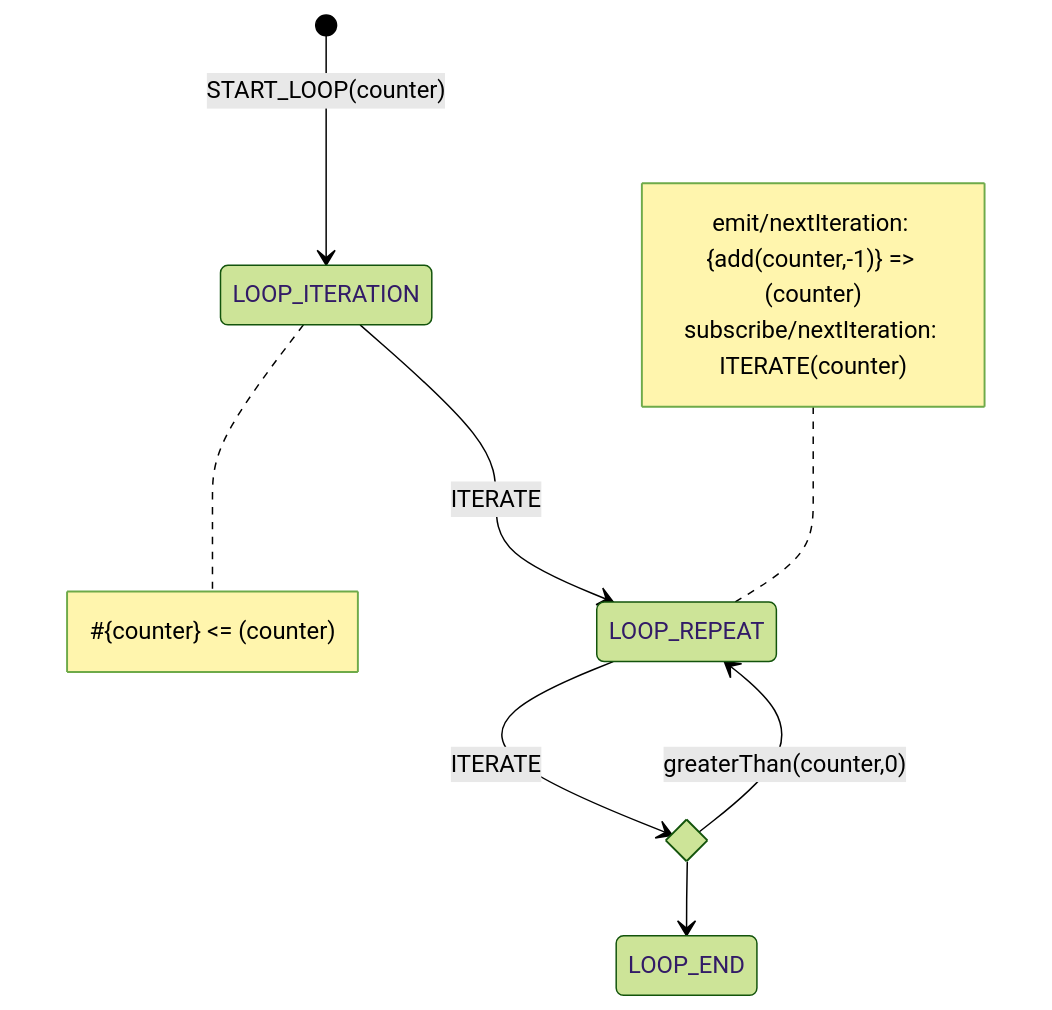
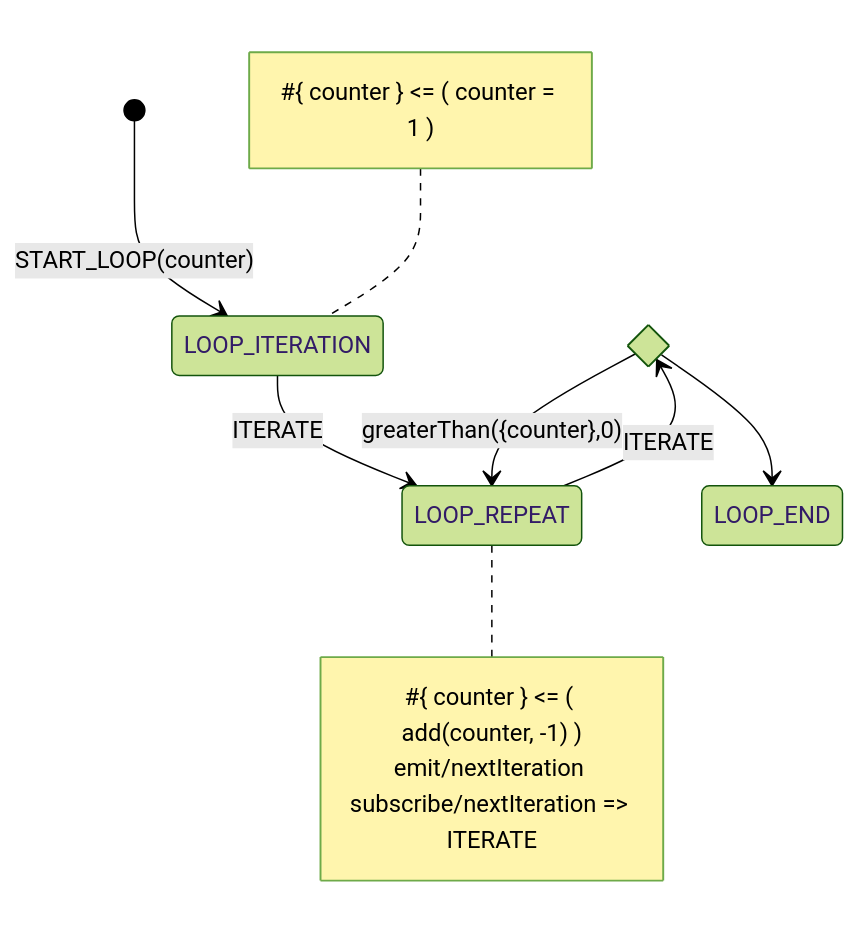
Before and after one commit to tfcp68/yantrix: the diagram in docs/syntax/index.md, drawn with Mermaid (forest theme). The commit also changed other lines of this file and 11 other files, not shown here.

````diff
--- a/docs/syntax/index.md
+++ b/docs/syntax/index.md
@@ -14,19 +33,17 @@
 ```mermaid
 stateDiagram-v2
-A: LOOP_ITERATION
-B: LOOP_REPEAT
-D: LOOP_END
-state loop_ends <<choice>>
-[*]-->A: START_LOOP(counter)
-note right of A
-    #{counter} <= (counter)
-end note    
-A-->B: ITERATE
-note left of B
-    emit/nextIteration: {add(counter,-1)} => (counter)
-    subscribe/nextIteration: ITERATE(counter)
-end note
-B--> loop_ends: ITERATE
-loop_ends-->B: greaterThan(counter,0)
-loop_ends-->D
+    state loop_ends <<choice>>
+    [*] --> LOOP_ITERATION: START_LOOP(counter)
+    note left of LOOP_ITERATION
+        #{ counter } <= ( counter = 1 )
+    end note
+    LOOP_ITERATION --> LOOP_REPEAT: ITERATE
+    LOOP_REPEAT --> loop_ends: ITERATE
+    note right of LOOP_REPEAT
+        #{ counter } <= ( add(counter, -1) )
+        emit/nextIteration 
+        subscribe/nextIteration => ITERATE
+    end note
+    loop_ends --> LOOP_REPEAT: greaterThan({counter},0)
+    loop_ends --> LOOP_END
 ```
````
